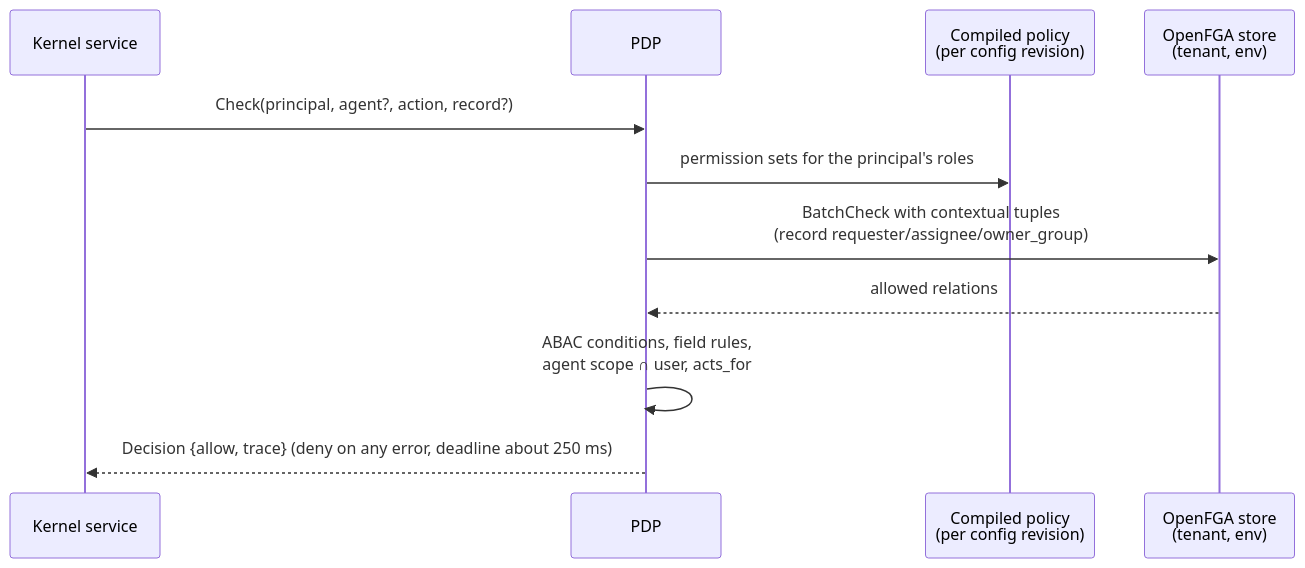
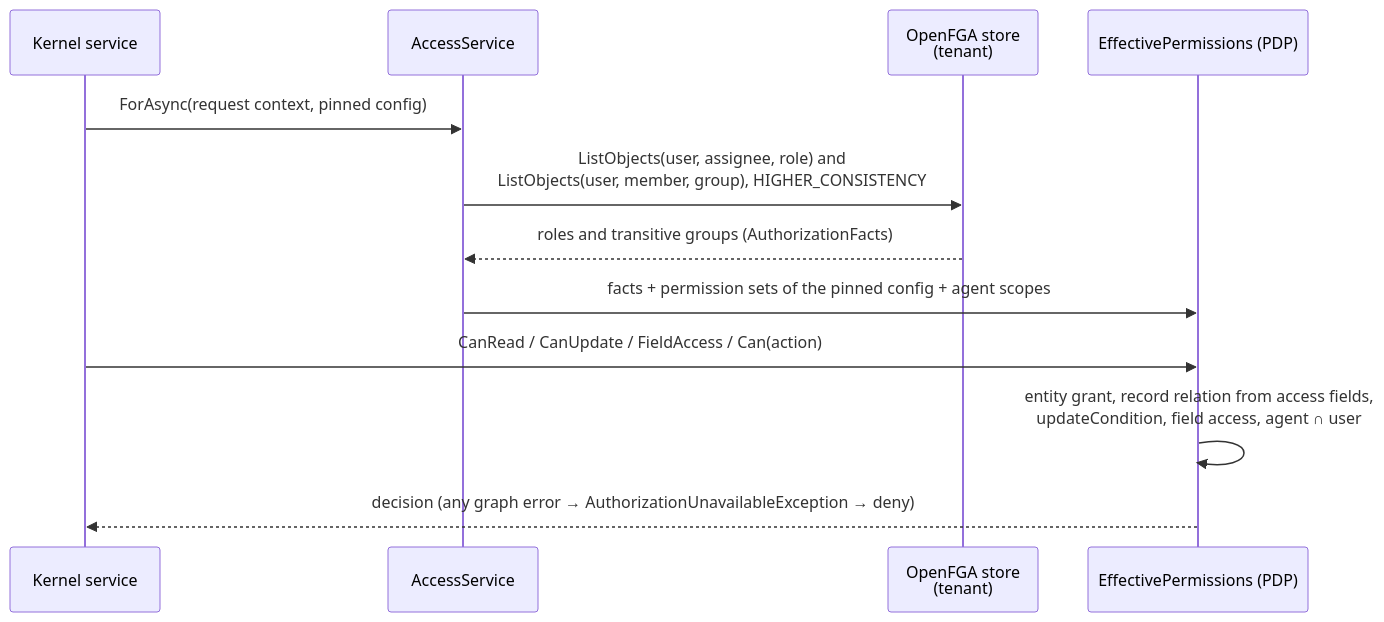
Before and after one commit to DeadEndGG/esmbler: the first of 2 diagrams in docs/explanation/authorization-model.md, drawn with Mermaid. The commit also changed other lines of this file and 104 other files, not shown here.

````diff
--- a/docs/explanation/authorization-model.md
+++ b/docs/explanation/authorization-model.md
@@ -51,13 +53,14 @@
 ```mermaid
 sequenceDiagram
     participant S as Kernel service
-    participant P as PDP
-    participant C as Compiled policy<br/>(per config revision)
-    participant F as OpenFGA store<br/>(tenant, env)
-    S->>P: Check(principal, agent?, action, record?)
-    P->>C: permission sets for the principal's roles
-    P->>F: BatchCheck with contextual tuples<br/>(record requester/assignee/owner_group)
-    F-->>P: allowed relations
-    P->>P: ABAC conditions, field rules,<br/>agent scope ∩ user, acts_for
-    P-->>S: Decision {allow, trace} (deny on any error, deadline about 250 ms)
+    participant A as AccessService
+    participant F as OpenFGA store<br/>(tenant)
+    participant P as EffectivePermissions (PDP)
+    S->>A: ForAsync(request context, pinned config)
+    A->>F: ListObjects(user, assignee, role) and<br/>ListObjects(user, member, group), HIGHER_CONSISTENCY
+    F-->>A: roles and transitive groups (AuthorizationFacts)
+    A->>P: facts + permission sets of the pinned config + agent scopes
+    S->>P: CanRead / CanUpdate / FieldAccess / Can(action)
+    P->>P: entity grant, record relation from access fields,<br/>updateCondition, field access, agent ∩ user
+    P-->>S: decision (any graph error → AuthorizationUnavailableException → deny)
 ```
````
